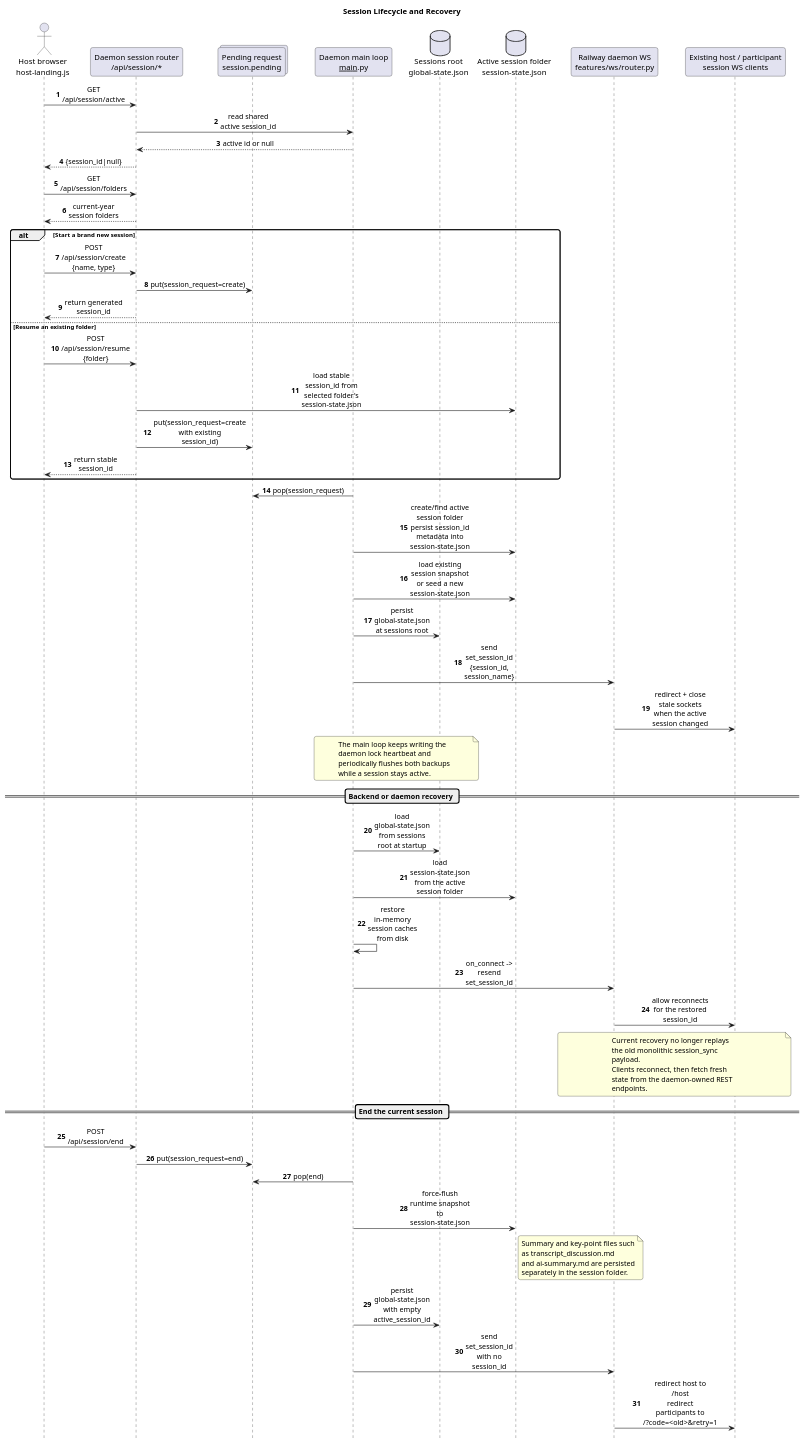
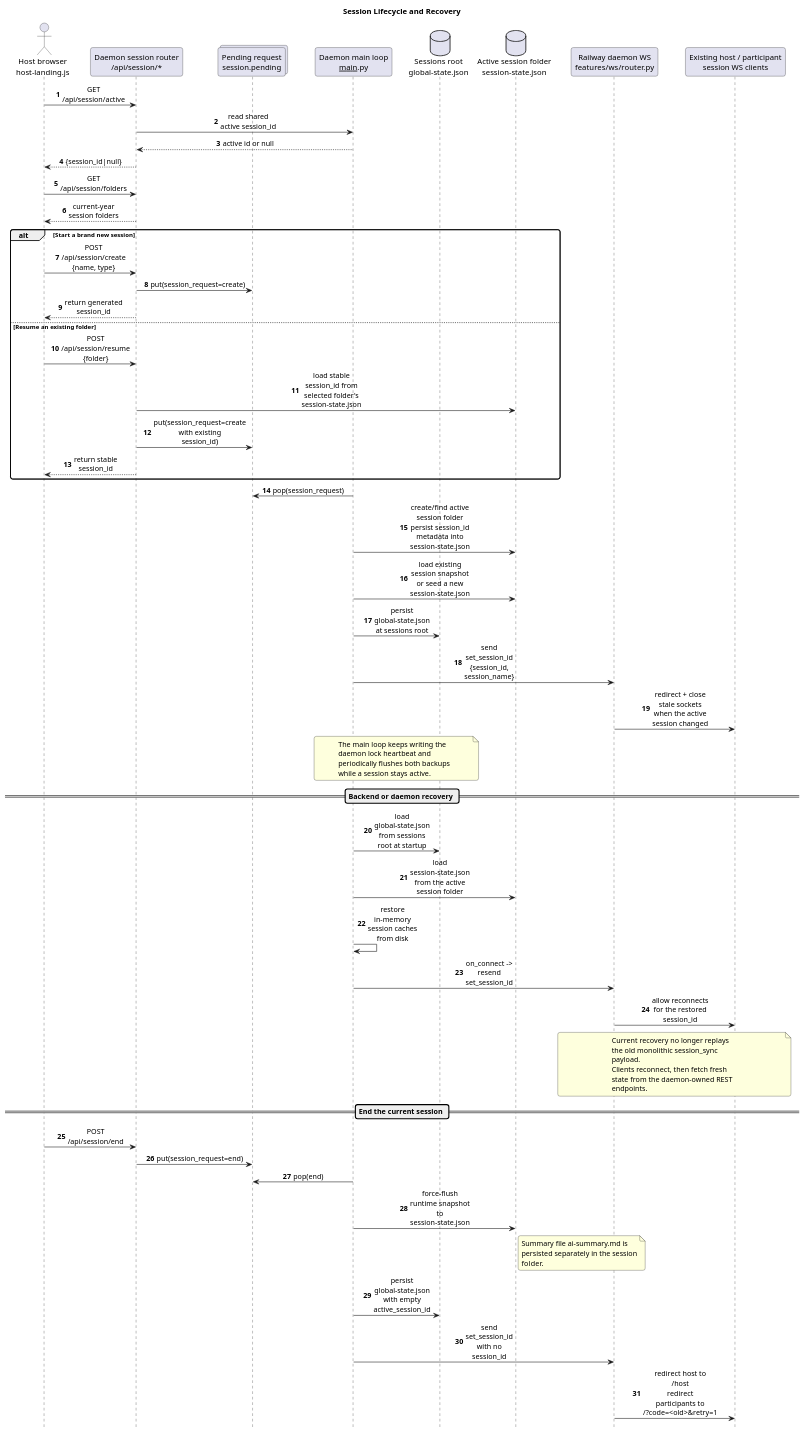
Before and after one commit to victorrentea/training-assistant: the diagram in docs/sequences/manual/01-session-lifecycle-and-recovery.puml, drawn with PlantUML. The commit also changed 2 other files, not shown here.

Commit message:
docs: drop stale transcript_discussion.md references
The transcript_discussion.md / key-points pipeline was removed in
4ea5fb4b (Apr 13) — never broadcast or consumed. ai-summary.md is
the live path. Removes lingering mentions in ARCHITECTURE.md and the
session-lifecycle sequence diagram so the docs match reality.

```diff
--- a/docs/sequences/manual/01-session-lifecycle-and-recovery.puml
+++ b/docs/sequences/manual/01-session-lifecycle-and-recovery.puml
@@ -1,80 +1,79 @@
 @startuml
 title Session Lifecycle and Recovery
 hide footbox
 autonumber
 
 skinparam BackgroundColor transparent
 skinparam SequenceMessageAlign center
 skinparam ParticipantPadding 20
 skinparam BoxPadding 10
 skinparam MaxMessageSize 110
 skinparam WrapWidth 220
 skinparam RoundCorner 8
 
 actor "Host browser\nhost-landing.js" as Host
 participant "Daemon session router\n/api/session/*" as SessionAPI
 collections "Pending request\nsession.pending" as Pending
 participant "Daemon main loop\n__main__.py" as Loop
 database "Sessions root\nglobal-state.json" as GlobalState
 database "Active session folder\nsession-state.json" as SessionState
 participant "Railway daemon WS\nfeatures/ws/router.py" as RailwayWS
 participant "Existing host / participant\nsession WS clients" as Clients
 
 Host -> SessionAPI: GET /api/session/active
 SessionAPI -> Loop: read shared active session_id
 Loop --> SessionAPI: active id or null
 SessionAPI --> Host: {session_id|null}
 
 Host -> SessionAPI: GET /api/session/folders
 SessionAPI --> Host: current-year session folders
 
 alt Start a brand new session
   Host -> SessionAPI: POST /api/session/create {name, type}
   SessionAPI -> Pending: put(session_request=create)
   SessionAPI --> Host: return generated session_id
 else Resume an existing folder
   Host -> SessionAPI: POST /api/session/resume {folder}
   SessionAPI -> SessionState: load stable session_id from selected folder's\nsession-state.json
   SessionAPI -> Pending: put(session_request=create with existing session_id)
   SessionAPI --> Host: return stable session_id
 end
 
 Loop -> Pending: pop(session_request)
 Loop -> SessionState: create/find active session folder\npersist session_id metadata into session-state.json
 Loop -> SessionState: load existing session snapshot or seed a new\nsession-state.json
 Loop -> GlobalState: persist global-state.json at sessions root
 Loop -> RailwayWS: send set_session_id {session_id, session_name}
 RailwayWS -> Clients: redirect + close stale sockets\nwhen the active session changed
 
 note over Loop, GlobalState
 The main loop keeps writing the daemon lock heartbeat and
 periodically flushes both backups while a session stays active.
 end note
 
 == Backend or daemon recovery ==
 
 Loop -> GlobalState: load global-state.json from sessions root at startup
 Loop -> SessionState: load session-state.json from the active session folder
 Loop -> Loop: restore in-memory session caches from disk
 Loop -> RailwayWS: on_connect -> resend set_session_id
 RailwayWS -> Clients: allow reconnects for the restored session_id
 
 note over RailwayWS, Clients
 Current recovery no longer replays the old monolithic session_sync payload.
 Clients reconnect, then fetch fresh state from the daemon-owned REST endpoints.
 end note
 
 == End the current session ==
 
 Host -> SessionAPI: POST /api/session/end
 SessionAPI -> Pending: put(session_request=end)
 Loop -> Pending: pop(end)
 Loop -> SessionState: force-flush runtime snapshot to session-state.json
 note right of SessionState
-Summary and key-point files such as transcript_discussion.md
-and ai-summary.md are persisted separately in the session folder.
+Summary file ai-summary.md is persisted separately in the session folder.
 end note
 Loop -> GlobalState: persist global-state.json with empty active_session_id
 Loop -> RailwayWS: send set_session_id with no session_id
 RailwayWS -> Clients: redirect host to /host\nredirect participants to /?code=<old>&retry=1
 @enduml
```
